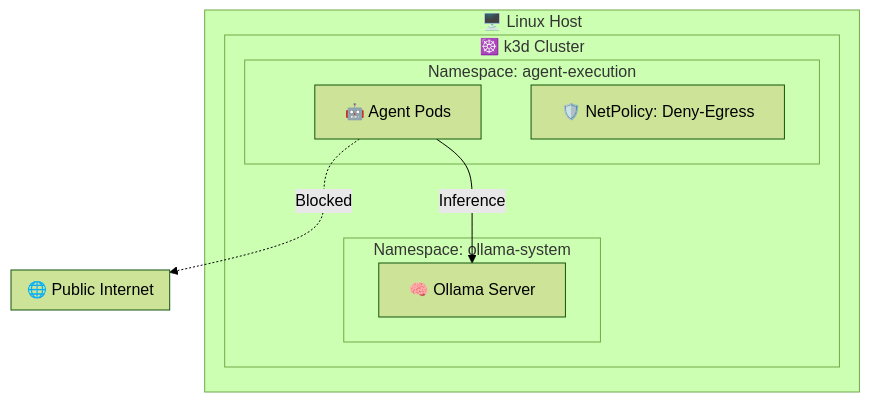
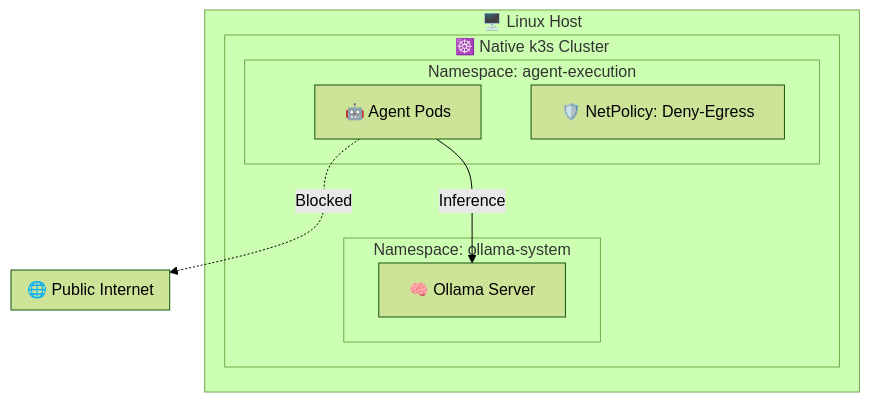
The first of 4 diagrams in articles/private-agent-runtime.md (grahaml/agentic-mobile-lab), drawn with Mermaid (forest theme) before and after one commit. The commit also changed other lines of this file and 1 other file, not shown here.

Commit message:
docs: generalize articles to use native k3s and remove personal identifiers

````diff
--- a/articles/private-agent-runtime.md
+++ b/articles/private-agent-runtime.md
@@ -18,20 +18,20 @@
 ```mermaid
 graph TD
     subgraph Host ["🖥️ Linux Host"]
-        subgraph k3d ["☸️ k3d Cluster"]
+        subgraph k3s ["☸️ Native k3s Cluster"]
             subgraph NS_Ollama ["Namespace: ollama-system"]
                 Ollama["🧠 Ollama Server"]
             end
             subgraph NS_Agents ["Namespace: agent-execution"]
                 Agent["🤖 Agent Pods"]
                 Policy["🛡️ NetPolicy: Deny-Egress"]
             end
         end
     end
     
     subgraph External ["🌐 Public Internet"]
     end
 
     Agent -.->|Blocked| External
     Agent -->|Inference| Ollama
 ```
````
